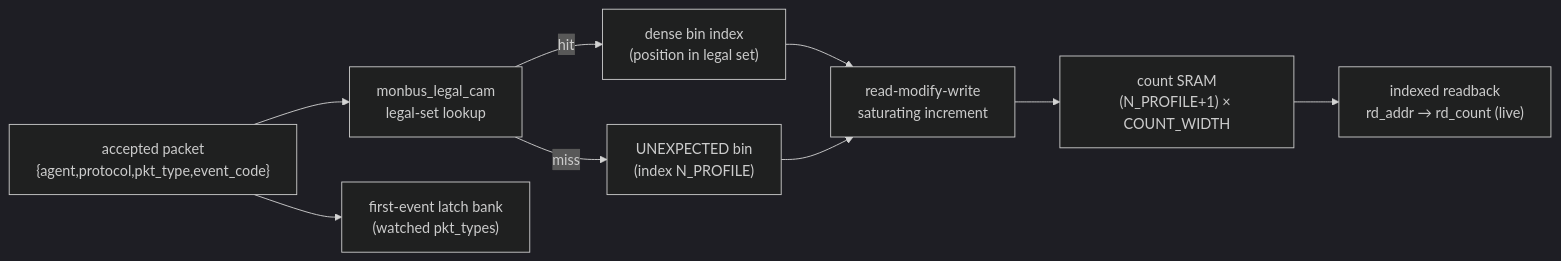
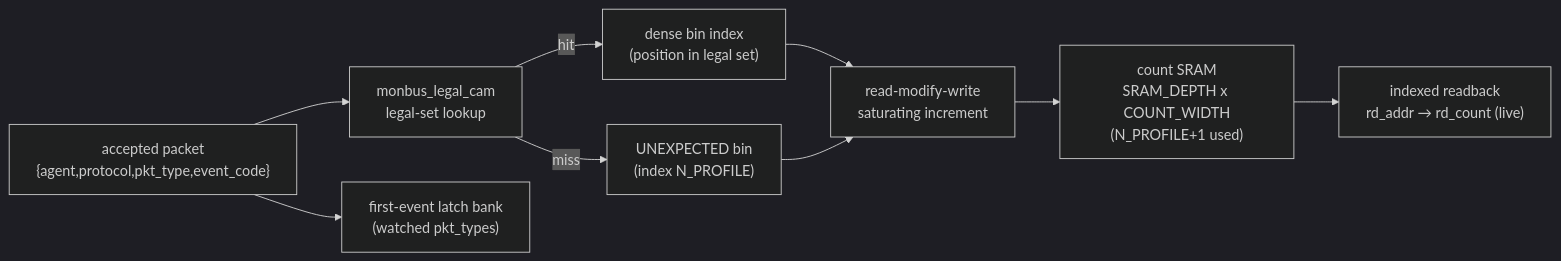
One commit to sean-galloway/RTLDesignSherpa changed the diagram in docs/markdown/rtl-amba/monitor/monbus_pkt_tally.md. Above: the diagram before and after it, drawn with Mermaid (dark theme). The commit also changed other lines of this file and 31 other files, not shown here.

````diff
--- a/docs/markdown/rtl-amba/monitor/monbus_pkt_tally.md
+++ b/docs/markdown/rtl-amba/monitor/monbus_pkt_tally.md
@@ -81,11 +81,11 @@
 ```mermaid
 flowchart LR
     IN["accepted packet<br/>{agent,protocol,pkt_type,event_code}"] --> CAM["monbus_legal_cam<br/>legal-set lookup"]
     CAM -->|hit| BIN["dense bin index<br/>(position in legal set)"]
     CAM -->|miss| UNX["UNEXPECTED bin<br/>(index N_PROFILE)"]
     BIN --> RMW["read-modify-write<br/>saturating increment"]
     UNX --> RMW
-    RMW --> SRAM["count SRAM<br/>(N_PROFILE+1) × COUNT_WIDTH"]
+    RMW --> SRAM["count SRAM<br/>SRAM_DEPTH x COUNT_WIDTH<br/>(N_PROFILE+1 used)"]
     SRAM --> RD["indexed readback<br/>rd_addr → rd_count (live)"]
     IN --> LATCH["first-event latch bank<br/>(watched pkt_types)"]
 ```
````
